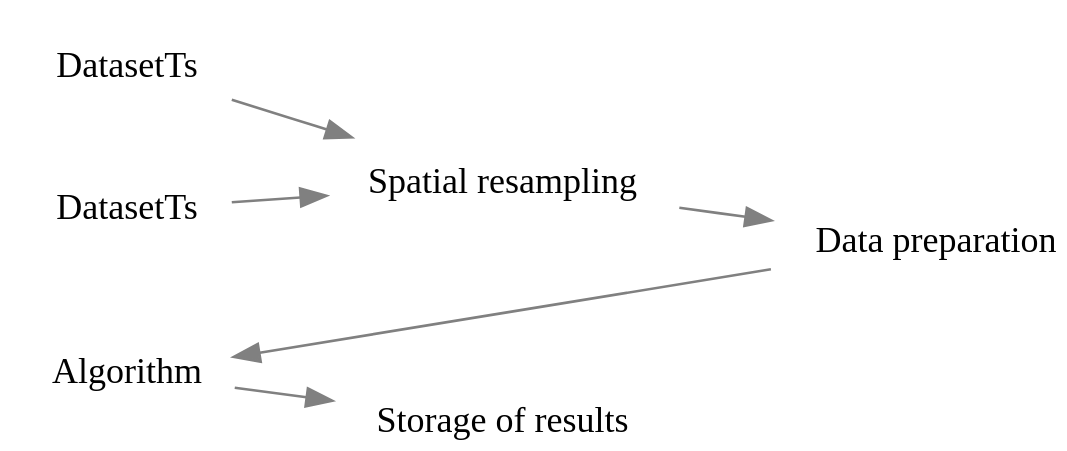
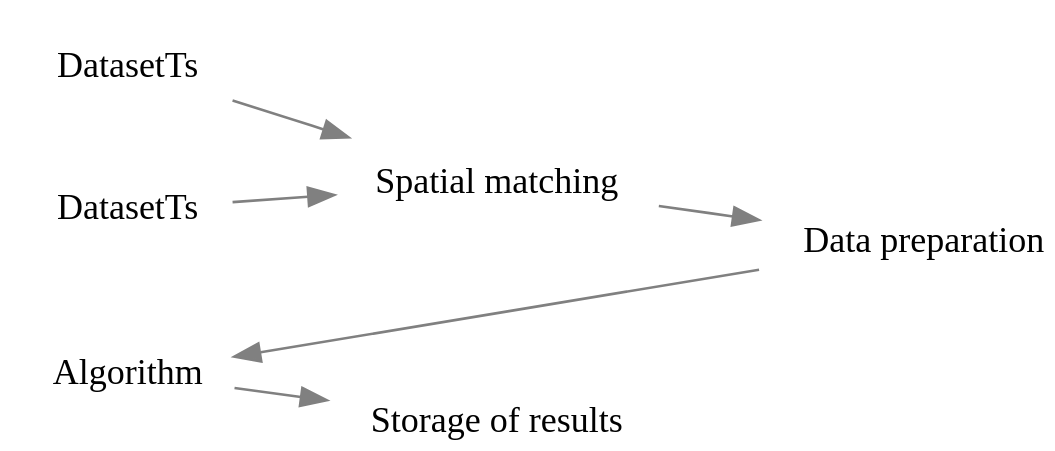
The second of 3 diagrams in index.org (cpaulik/2015-eoscience2.0), drawn with Graphviz before and after one commit. The commit also changed other lines of this file and 5 other files, not shown here.

```diff
--- a/index.org
+++ b/index.org
@@ -89,21 +89,21 @@
 #+begin_src dot :file ./img/workflow.svg :cmdline -Kdot -Tsvg
 digraph G {
                 resolution=100
                 rankdir=LR
                 bgcolor=Transparent
                 fontcolor=White
                 
                 node [style="filled", color=White, fontname="Hack" ,shape=box] //All nodes will this shape and colour
                 edge [color=Gray] //All the lines look like this
                 
                 data [label="DatasetTs" shape=Mrecord]
                 data1 [label="DatasetTs" shape=Mrecord]
-                spatial [label="Spatial resampling"]
+                spatial [label="Spatial matching"]
                 dataprep [label="Data preparation"]
                 algo [label="Algorithm"]
                 store [label="Storage of results" shape=Mrecord]
 
                 {data1 data}->spatial->dataprep->algo->store
                 {rank=same; data algo}
 }
 #+end_src
```
